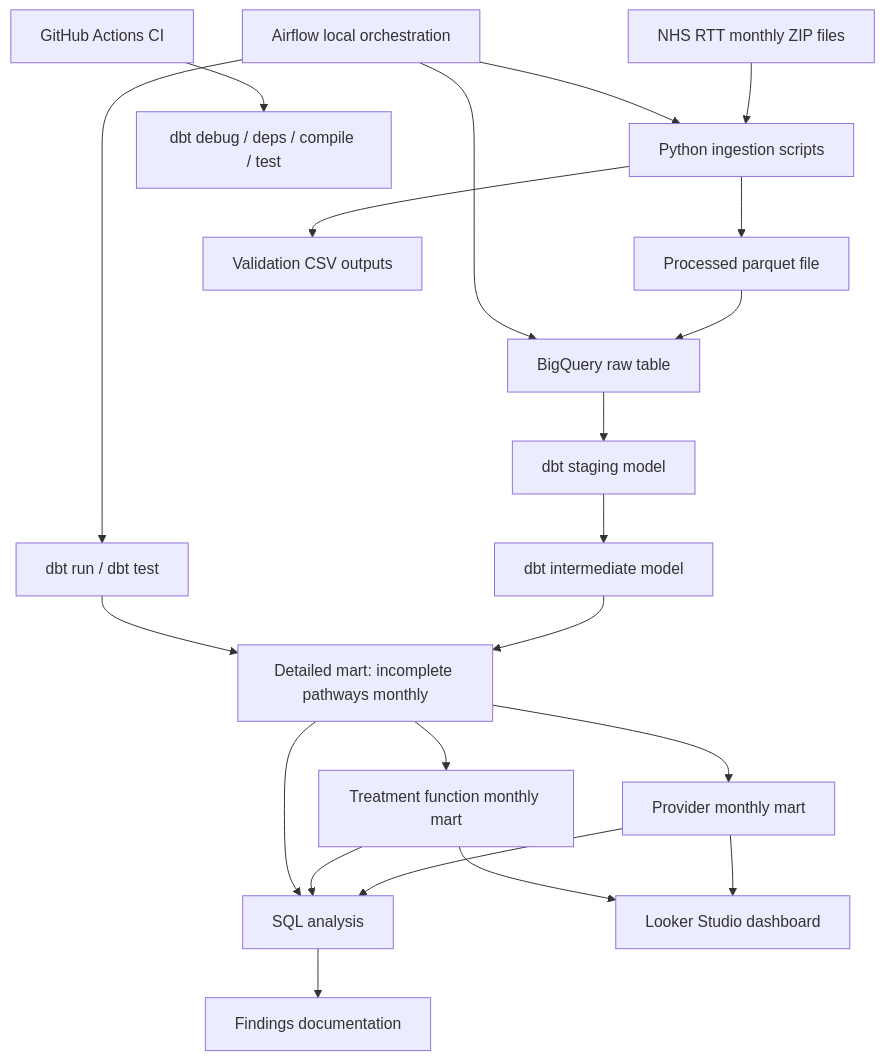
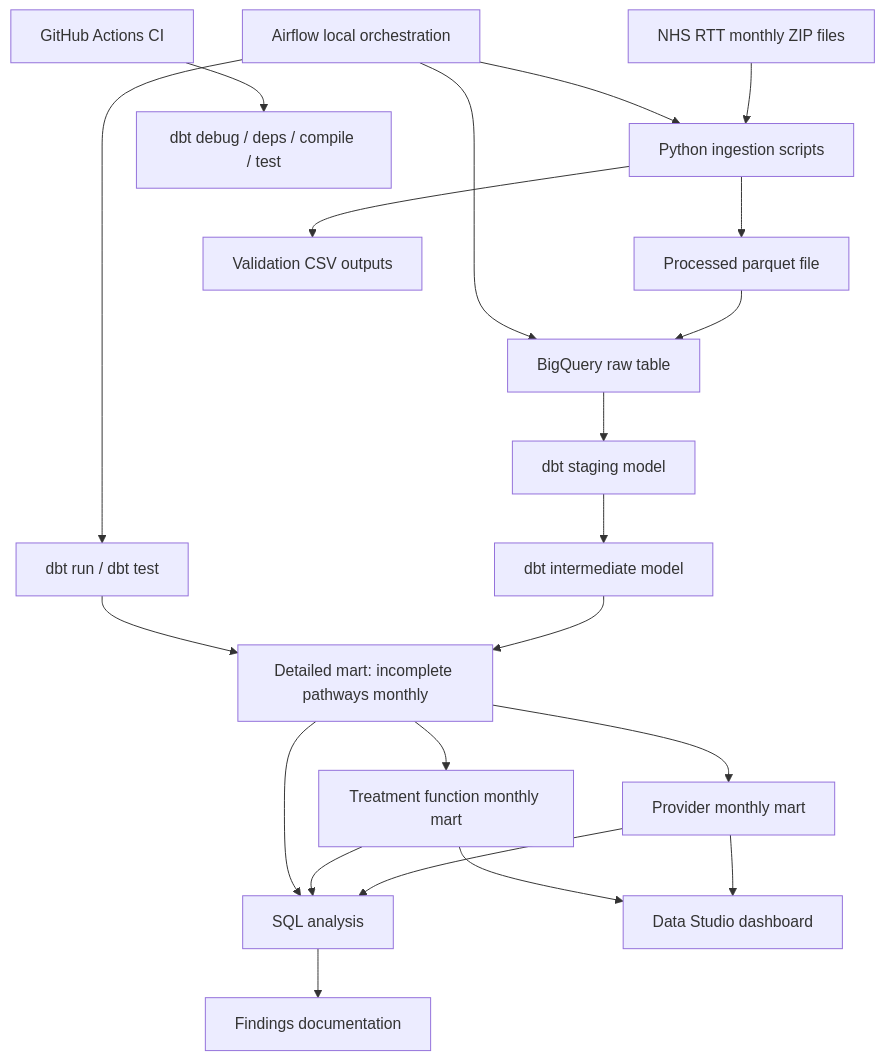
One commit to salesenric/healthcare-ops-analytics changed the diagram in docs/architecture.md. Above: the diagram before and after it, drawn with Mermaid. The commit also changed other lines of this file and 6 other files, not shown here.

````diff
--- a/docs/architecture.md
+++ b/docs/architecture.md
@@ -3,28 +3,28 @@
 ```mermaid
 flowchart TD
     A[NHS RTT monthly ZIP files] --> B[Python ingestion scripts]
     B --> C[Processed parquet file]
     B --> D[Validation CSV outputs]
     C --> E[BigQuery raw table]
 
     E --> F[dbt staging model]
     F --> G[dbt intermediate model]
     G --> H[Detailed mart: incomplete pathways monthly]
 
     H --> I[Provider monthly mart]
     H --> J[Treatment function monthly mart]
 
     I --> K[SQL analysis]
     J --> K
     H --> K
 
     K --> L[Findings documentation]
-    I --> M[Looker Studio dashboard]
+    I --> M[Data Studio dashboard]
     J --> M
 
     N[GitHub Actions CI] --> O[dbt debug / deps / compile / test]
     P[Airflow local orchestration] --> B
     P --> E
     P --> Q[dbt run / dbt test]
     Q --> H
 ```
````
